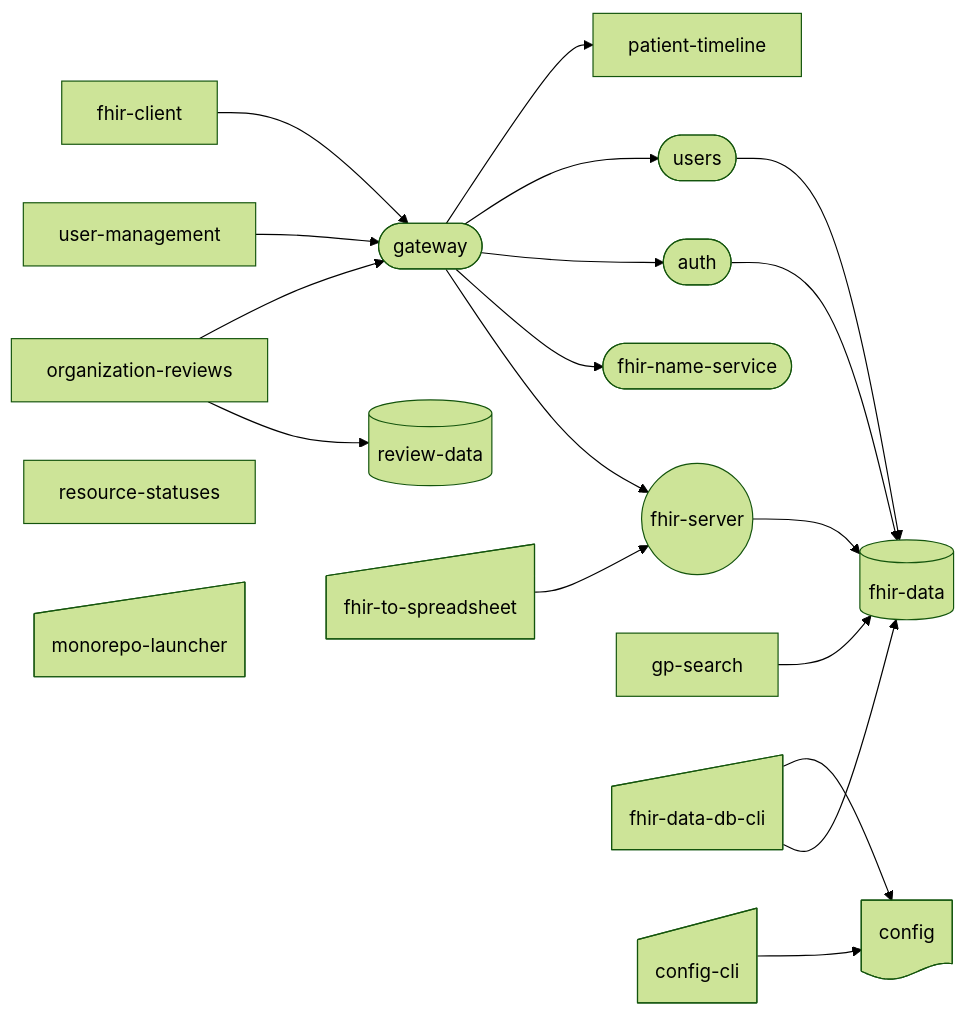
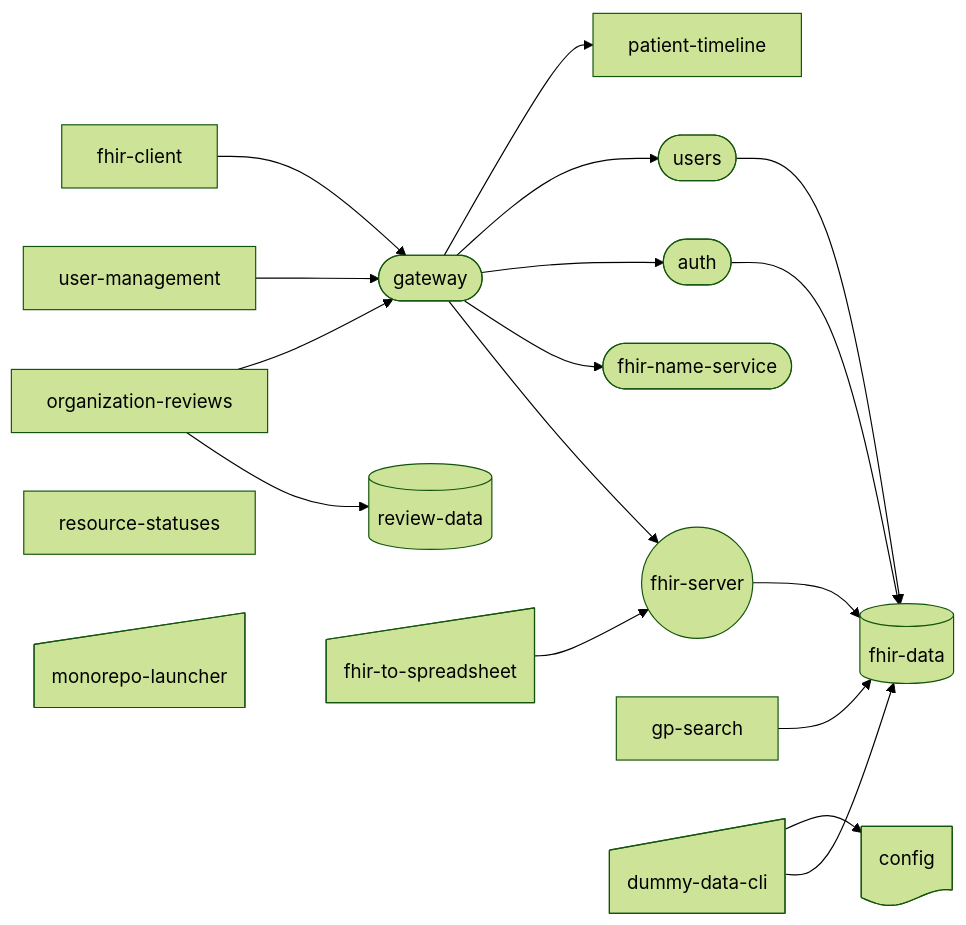
The diagram in README.md (willemverbuyst/fhir-placeholder-api), drawn with Mermaid (forest theme) before and after one commit. The commit also changed other lines of this file, not shown here.

````diff
--- a/README.md
+++ b/README.md
@@ -37,44 +36,42 @@
 ```mermaid
 flowchart LR
     FNS@{shape: stadium, label: fhir-name-service}
     FS@{shape: circle, label: fhir-server}
     PT@{shape: rect, label: patient-timeline}
     A@{shape: stadium, label: auth}
     U@{shape: stadium, label: users}
     G@{shape: stadium, label: gateway}
   
     C@{shape: doc, label: config}
     FDB@{shape: cyl, label: fhir-data}
     RDB@{shape: cyl, label: review-data}
   
     GPS@{shape: rect, label: gp-search}
     OR@{shape: rect, label: organization-reviews}
     FC@{shape: rect, label: fhir-client}
     UM@{shape: rect, label: user-management}
     RS@{shape: rect, label: resource-statuses}
 
     ML@{shape: sl-rect, label: monorepo-launcher}
     FTS@{shape: sl-rect, label: fhir-to-spreadsheet}
-    FDC@{shape: sl-rect, label: fhir-data-db-cli}
-    CS@{shape: sl-rect,label: config-cli}
+    DDC@{shape: sl-rect, label: dummy-data-cli}
 
   
-  FDC --> C
-  CS --> C
+  DDC --> C
+  DDC --> FDB
   FC --> G
   UM --> G
   OR --> G
   G --> PT
   G --> U
   G --> A
   G --> FNS
   G --> FS
   GPS --> FDB
   FS --> FDB
-  FDC --> FDB
   A --> FDB
   U --> FDB
   OR --> RDB
   FTS -->FS
   
 ```
````
